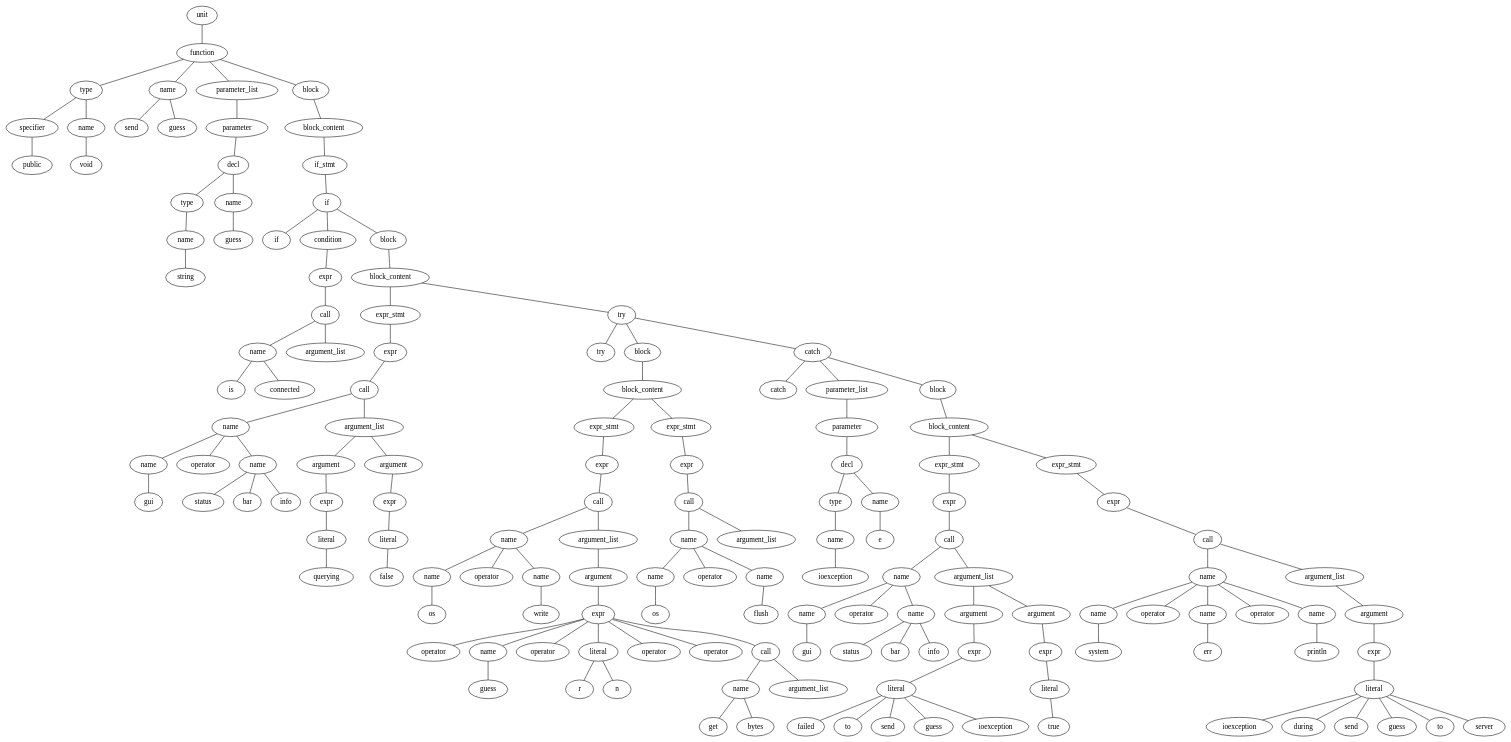
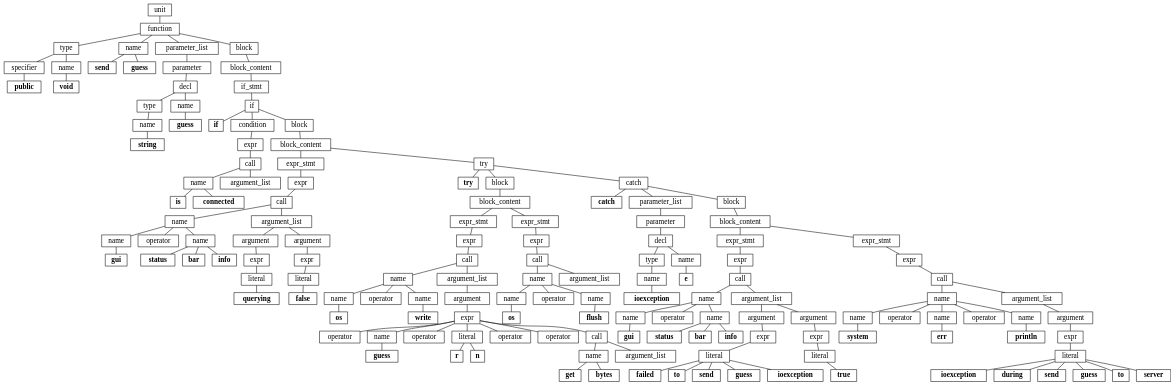
The diagram in example/code.dot (mcmillco/easy_srcml_visualization), drawn with Graphviz before and after one commit. The commit also changed 3 other files, not shown here.

```diff
--- a/example/code.dot
+++ b/example/code.dot
@@ -1,5 +1,6 @@
 strict graph "" {
-	node [label="\N"];
+	graph [pad="0", nodesep="0.2", ranksep="0.2"];
+	node [label="\N", fontsize=14, width=0.05, height=0.05, shape=box];
 	0	[label=unit];
 	1	[label=function];
 	0 -- 1;
@@ -15,13 +16,17 @@
 	2 -- 3;
 	5	[label=name];
 	2 -- 5;
-	4	[label=public];
+	4	[fontname="times-bold",
+		label=public];
 	3 -- 4;
-	6	[label=void];
+	6	[fontname="times-bold",
+		label=void];
 	5 -- 6;
-	8	[label=send];
+	8	[fontname="times-bold",
+		label=send];
 	7 -- 8;
-	9	[label=guess];
+	9	[fontname="times-bold",
+		label=guess];
 	7 -- 9;
 	11	[label=parameter];
 	10 -- 11;
@@ -33,9 +38,11 @@
 	12 -- 16;
 	14	[label=name];
 	13 -- 14;
-	15	[label=string];
+	15	[fontname="times-bold",
+		label=string];
 	14 -- 15;
-	17	[label=guess];
+	17	[fontname="times-bold",
+		label=guess];
 	16 -- 17;
 	19	[label=block_content];
 	18 -- 19;
@@ -43,7 +50,8 @@
 	19 -- 20;
 	21	[label=if];
 	20 -- 21;
-	22	[label=if];
+	22	[fontname="times-bold",
+		label=if];
 	21 -- 22;
 	23	[label=condition];
 	21 -- 23;
@@ -57,9 +65,11 @@
 	25 -- 26;
 	29	[label=argument_list];
 	25 -- 29;
-	27	[label=is];
+	27	[fontname="times-bold",
+		label=is];
 	26 -- 27;
-	28	[label=connected];
+	28	[fontname="times-bold",
+		label=connected];
 	26 -- 28;
 	31	[label=block_content];
 	30 -- 31;
@@ -81,13 +91,17 @@
 	35 -- 38;
 	39	[label=name];
 	35 -- 39;
-	37	[label=gui];
+	37	[fontname="times-bold",
+		label=gui];
 	36 -- 37;
-	40	[label=status];
+	40	[fontname="times-bold",
+		label=status];
 	39 -- 40;
-	41	[label=bar];
+	41	[fontname="times-bold",
+		label=bar];
 	39 -- 41;
-	42	[label=info];
+	42	[fontname="times-bold",
+		label=info];
 	39 -- 42;
 	44	[label=argument];
 	43 -- 44;
@@ -97,15 +111,18 @@
 	44 -- 45;
 	46	[label=literal];
 	45 -- 46;
-	47	[label=querying];
+	47	[fontname="times-bold",
+		label=querying];
 	46 -- 47;
 	49	[label=expr];
 	48 -- 49;
 	50	[label=literal];
 	49 -- 50;
-	51	[label=false];
+	51	[fontname="times-bold",
+		label=false];
 	50 -- 51;
-	53	[label=try];
+	53	[fontname="times-bold",
+		label=try];
 	52 -- 53;
 	54	[label=block];
 	52 -- 54;
@@ -131,9 +148,11 @@
 	59 -- 62;
 	63	[label=name];
 	59 -- 63;
-	61	[label=os];
+	61	[fontname="times-bold",
+		label=os];
 	60 -- 61;
-	64	[label=write];
+	64	[fontname="times-bold",
+		label=write];
 	63 -- 64;
 	66	[label=argument];
 	65 -- 66;
@@ -153,19 +172,24 @@
 	67 -- 76;
 	77	[label=call];
 	67 -- 77;
-	70	[label=guess];
+	70	[fontname="times-bold",
+		label=guess];
 	69 -- 70;
-	73	[label=r];
+	73	[fontname="times-bold",
+		label=r];
 	72 -- 73;
-	74	[label=n];
+	74	[fontname="times-bold",
+		label=n];
 	72 -- 74;
 	78	[label=name];
 	77 -- 78;
 	81	[label=argument_list];
 	77 -- 81;
-	79	[label=get];
+	79	[fontname="times-bold",
+		label=get];
 	78 -- 79;
-	80	[label=bytes];
+	80	[fontname="times-bold",
+		label=bytes];
 	78 -- 80;
 	83	[label=expr];
 	82 -- 83;
@@ -181,11 +205,14 @@
 	85 -- 88;
 	89	[label=name];
 	85 -- 89;
-	87	[label=os];
+	87	[fontname="times-bold",
+		label=os];
 	86 -- 87;
-	90	[label=flush];
+	90	[fontname="times-bold",
+		label=flush];
 	89 -- 90;
-	93	[label=catch];
+	93	[fontname="times-bold",
+		label=catch];
 	92 -- 93;
 	94	[label=parameter_list];
 	92 -- 94;
@@ -201,9 +228,11 @@
 	96 -- 100;
 	98	[label=name];
 	97 -- 98;
-	99	[label=ioexception];
+	99	[fontname="times-bold",
+		label=ioexception];
 	98 -- 99;
-	101	[label=e];
+	101	[fontname="times-bold",
+		label=e];
 	100 -- 101;
 	103	[label=block_content];
 	102 -- 103;
@@ -225,13 +254,17 @@
 	107 -- 110;
 	111	[label=name];
 	107 -- 111;
-	109	[label=gui];
+	109	[fontname="times-bold",
+		label=gui];
 	108 -- 109;
-	112	[label=status];
+	112	[fontname="times-bold",
+		label=status];
 	111 -- 112;
-	113	[label=bar];
+	113	[fontname="times-bold",
+		label=bar];
 	111 -- 113;
-	114	[label=info];
+	114	[fontname="times-bold",
+		label=info];
 	111 -- 114;
 	116	[label=argument];
 	115 -- 116;
@@ -241,21 +274,27 @@
 	116 -- 117;
 	118	[label=literal];
 	117 -- 118;
-	119	[label=failed];
+	119	[fontname="times-bold",
+		label=failed];
 	118 -- 119;
-	120	[label=to];
+	120	[fontname="times-bold",
+		label=to];
 	118 -- 120;
-	121	[label=send];
+	121	[fontname="times-bold",
+		label=send];
 	118 -- 121;
-	122	[label=guess];
+	122	[fontname="times-bold",
+		label=guess];
 	118 -- 122;
-	123	[label=ioexception];
+	123	[fontname="times-bold",
+		label=ioexception];
 	118 -- 123;
 	125	[label=expr];
 	124 -- 125;
 	126	[label=literal];
 	125 -- 126;
-	127	[label=true];
+	127	[fontname="times-bold",
+		label=true];
 	126 -- 127;
 	129	[label=expr];
 	128 -- 129;
@@ -275,11 +314,14 @@
 	131 -- 137;
 	138	[label=name];
 	131 -- 138;
-	133	[label=system];
+	133	[fontname="times-bold",
+		label=system];
 	132 -- 133;
-	136	[label=err];
+	136	[fontname="times-bold",
+		label=err];
 	135 -- 136;
-	139	[label=println];
+	139	[fontname="times-bold",
+		label=println];
 	138 -- 139;
 	141	[label=argument];
 	140 -- 141;
@@ -287,16 +329,22 @@
 	141 -- 142;
 	143	[label=literal];
 	142 -- 143;
-	144	[label=ioexception];
+	144	[fontname="times-bold",
+		label=ioexception];
 	143 -- 144;
-	145	[label=during];
+	145	[fontname="times-bold",
+		label=during];
 	143 -- 145;
-	146	[label=send];
+	146	[fontname="times-bold",
+		label=send];
 	143 -- 146;
-	147	[label=guess];
+	147	[fontname="times-bold",
+		label=guess];
 	143 -- 147;
-	148	[label=to];
+	148	[fontname="times-bold",
+		label=to];
 	143 -- 148;
-	149	[label=server];
+	149	[fontname="times-bold",
+		label=server];
 	143 -- 149;
 }
```
